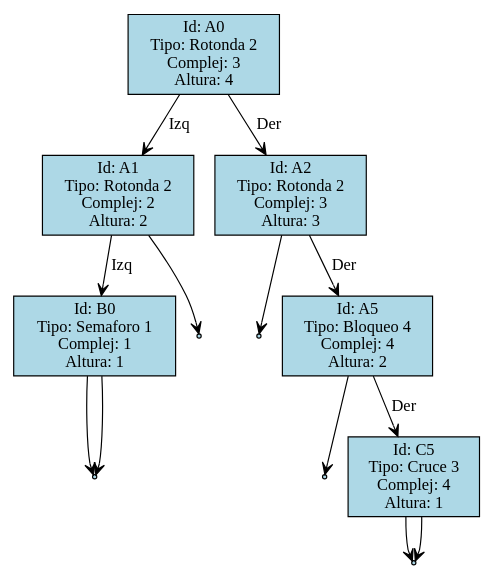
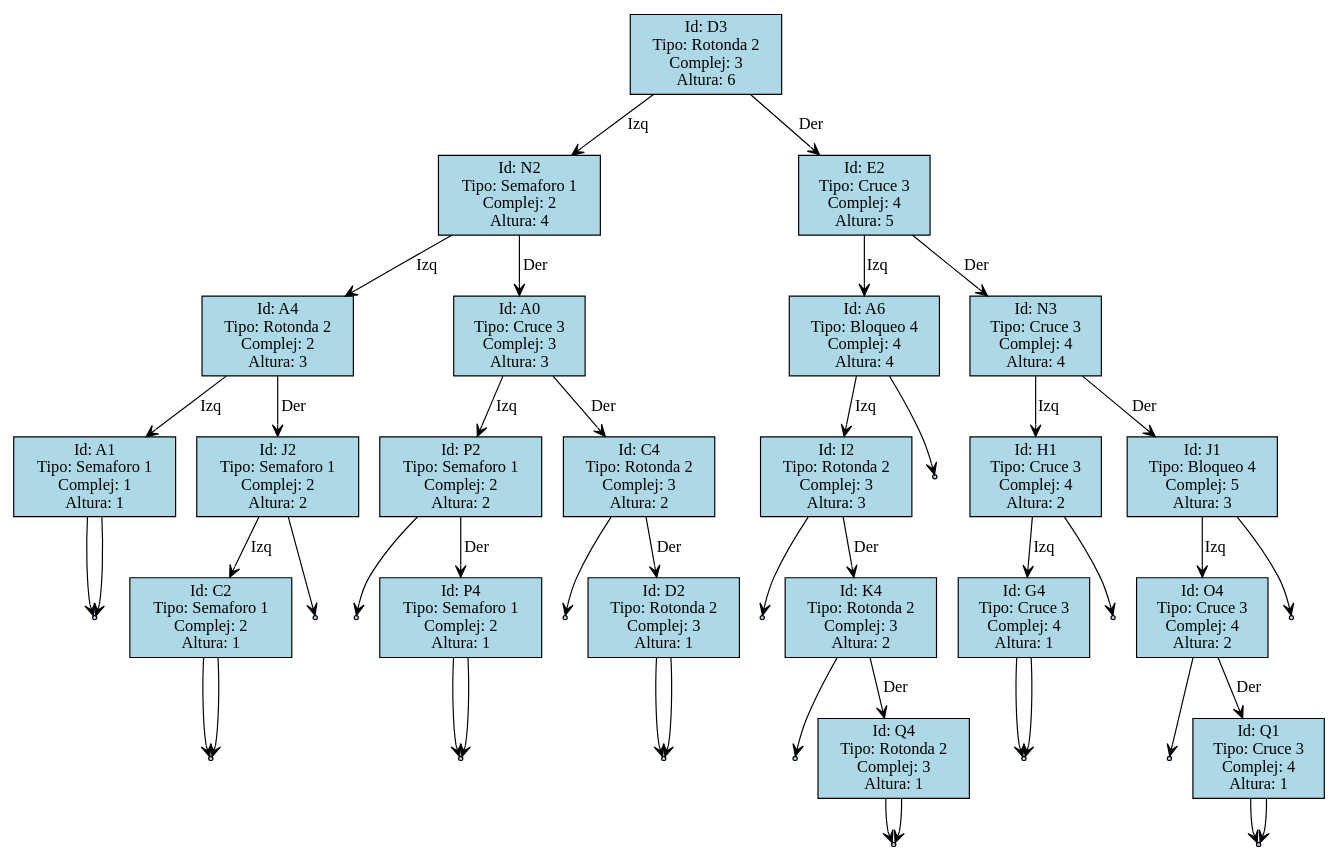
One commit to Cruz-Zapil/Proyecto2_EDD changed the diagram in ArbolNodos.dot. Above: the diagram before and after it, drawn with Graphviz. The commit also changed 2 other files, not shown here.

```diff
--- a/ArbolNodos.dot
+++ b/ArbolNodos.dot
@@ -1,30 +1,94 @@
 digraph ArbolAVL {
   node [shape=record, style=filled, fillcolor=lightblue];
   edge [arrowhead=vee];
 
-  A0 [label="Id: A0\nTipo: Rotonda 2\nComplej: 3\nAltura: 4"];
-  A0 -> A1 [label="Izq"];
-  A1 [label="Id: A1\nTipo: Rotonda 2\nComplej: 2\nAltura: 2"];
-  A1 -> B0 [label="Izq"];
-  B0 [label="Id: B0\nTipo: Semaforo 1\nComplej: 1\nAltura: 1"];
-  nullB0 [shape=point];
-  B0 -> nullB0;
-  nullB0 [shape=point];
-  B0 -> nullB0;
+  D3 [label="Id: D3\nTipo: Rotonda 2\nComplej: 3\nAltura: 6"];
+  D3 -> N2 [label="Izq"];
+  N2 [label="Id: N2\nTipo: Semaforo 1\nComplej: 2\nAltura: 4"];
+  N2 -> A4 [label="Izq"];
+  A4 [label="Id: A4\nTipo: Rotonda 2\nComplej: 2\nAltura: 3"];
+  A4 -> A1 [label="Izq"];
+  A1 [label="Id: A1\nTipo: Semaforo 1\nComplej: 1\nAltura: 1"];
   nullA1 [shape=point];
   A1 -> nullA1;
-  A0 -> A2 [label="Der"];
-  A2 [label="Id: A2\nTipo: Rotonda 2\nComplej: 3\nAltura: 3"];
-  nullA2 [shape=point];
-  A2 -> nullA2;
-  A2 -> A5 [label="Der"];
-  A5 [label="Id: A5\nTipo: Bloqueo 4\nComplej: 4\nAltura: 2"];
-  nullA5 [shape=point];
-  A5 -> nullA5;
-  A5 -> C5 [label="Der"];
-  C5 [label="Id: C5\nTipo: Cruce 3\nComplej: 4\nAltura: 1"];
-  nullC5 [shape=point];
-  C5 -> nullC5;
-  nullC5 [shape=point];
-  C5 -> nullC5;
+  nullA1 [shape=point];
+  A1 -> nullA1;
+  A4 -> J2 [label="Der"];
+  J2 [label="Id: J2\nTipo: Semaforo 1\nComplej: 2\nAltura: 2"];
+  J2 -> C2 [label="Izq"];
+  C2 [label="Id: C2\nTipo: Semaforo 1\nComplej: 2\nAltura: 1"];
+  nullC2 [shape=point];
+  C2 -> nullC2;
+  nullC2 [shape=point];
+  C2 -> nullC2;
+  nullJ2 [shape=point];
+  J2 -> nullJ2;
+  N2 -> A0 [label="Der"];
+  A0 [label="Id: A0\nTipo: Cruce 3\nComplej: 3\nAltura: 3"];
+  A0 -> P2 [label="Izq"];
+  P2 [label="Id: P2\nTipo: Semaforo 1\nComplej: 2\nAltura: 2"];
+  nullP2 [shape=point];
+  P2 -> nullP2;
+  P2 -> P4 [label="Der"];
+  P4 [label="Id: P4\nTipo: Semaforo 1\nComplej: 2\nAltura: 1"];
+  nullP4 [shape=point];
+  P4 -> nullP4;
+  nullP4 [shape=point];
+  P4 -> nullP4;
+  A0 -> C4 [label="Der"];
+  C4 [label="Id: C4\nTipo: Rotonda 2\nComplej: 3\nAltura: 2"];
+  nullC4 [shape=point];
+  C4 -> nullC4;
+  C4 -> D2 [label="Der"];
+  D2 [label="Id: D2\nTipo: Rotonda 2\nComplej: 3\nAltura: 1"];
+  nullD2 [shape=point];
+  D2 -> nullD2;
+  nullD2 [shape=point];
+  D2 -> nullD2;
+  D3 -> E2 [label="Der"];
+  E2 [label="Id: E2\nTipo: Cruce 3\nComplej: 4\nAltura: 5"];
+  E2 -> A6 [label="Izq"];
+  A6 [label="Id: A6\nTipo: Bloqueo 4\nComplej: 4\nAltura: 4"];
+  A6 -> I2 [label="Izq"];
+  I2 [label="Id: I2\nTipo: Rotonda 2\nComplej: 3\nAltura: 3"];
+  nullI2 [shape=point];
+  I2 -> nullI2;
+  I2 -> K4 [label="Der"];
+  K4 [label="Id: K4\nTipo: Rotonda 2\nComplej: 3\nAltura: 2"];
+  nullK4 [shape=point];
+  K4 -> nullK4;
+  K4 -> Q4 [label="Der"];
+  Q4 [label="Id: Q4\nTipo: Rotonda 2\nComplej: 3\nAltura: 1"];
+  nullQ4 [shape=point];
+  Q4 -> nullQ4;
+  nullQ4 [shape=point];
+  Q4 -> nullQ4;
+  nullA6 [shape=point];
+  A6 -> nullA6;
+  E2 -> N3 [label="Der"];
+  N3 [label="Id: N3\nTipo: Cruce 3\nComplej: 4\nAltura: 4"];
+  N3 -> H1 [label="Izq"];
+  H1 [label="Id: H1\nTipo: Cruce 3\nComplej: 4\nAltura: 2"];
+  H1 -> G4 [label="Izq"];
+  G4 [label="Id: G4\nTipo: Cruce 3\nComplej: 4\nAltura: 1"];
+  nullG4 [shape=point];
+  G4 -> nullG4;
+  nullG4 [shape=point];
+  G4 -> nullG4;
+  nullH1 [shape=point];
+  H1 -> nullH1;
+  N3 -> J1 [label="Der"];
+  J1 [label="Id: J1\nTipo: Bloqueo 4\nComplej: 5\nAltura: 3"];
+  J1 -> O4 [label="Izq"];
+  O4 [label="Id: O4\nTipo: Cruce 3\nComplej: 4\nAltura: 2"];
+  nullO4 [shape=point];
+  O4 -> nullO4;
+  O4 -> Q1 [label="Der"];
+  Q1 [label="Id: Q1\nTipo: Cruce 3\nComplej: 4\nAltura: 1"];
+  nullQ1 [shape=point];
+  Q1 -> nullQ1;
+  nullQ1 [shape=point];
+  Q1 -> nullQ1;
+  nullJ1 [shape=point];
+  J1 -> nullJ1;
 }
```
